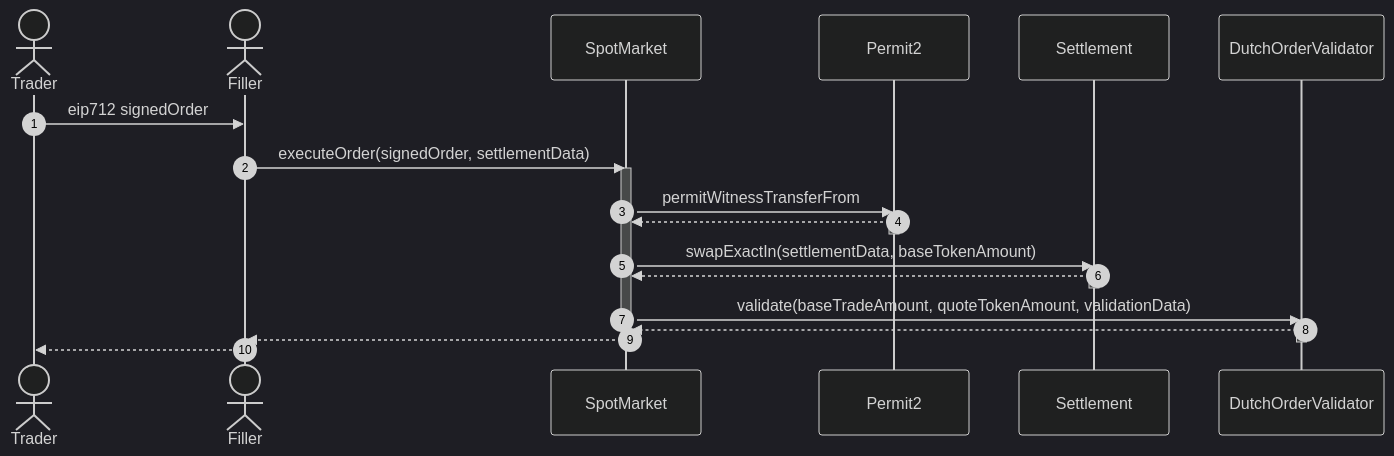
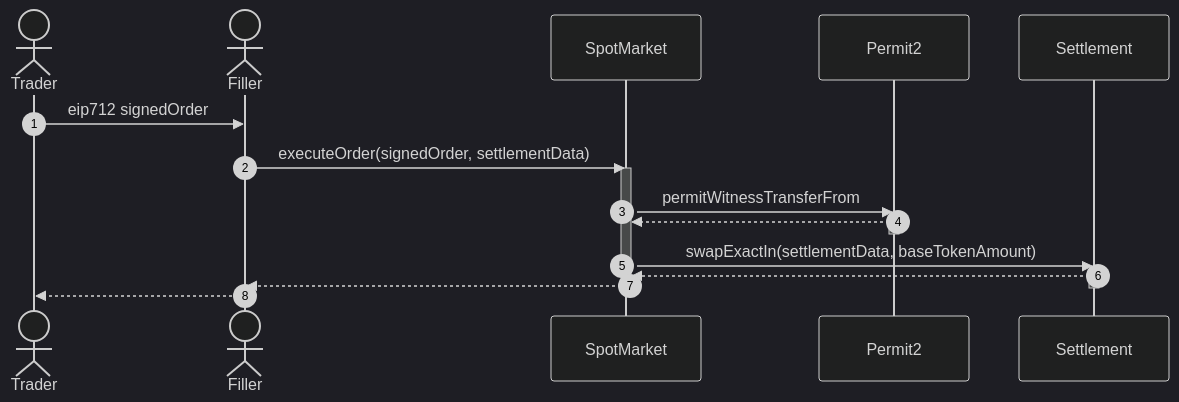
Before and after one commit to predyprotocol/predyx: the third of 3 diagrams in README.md, drawn with Mermaid (dark theme). The commit also changed other lines of this file, not shown here.

Commit message:
Update architecture overview

````diff
--- a/README.md
+++ b/README.md
@@ -93,24 +85,20 @@
 ```mermaid
 sequenceDiagram
 autonumber
   actor Trader
   actor Filler
   Trader->>Filler: eip712 signedOrder
   Filler ->> SpotMarket: executeOrder(signedOrder, settlementData)
   activate SpotMarket
   SpotMarket ->> Permit2: permitWitnessTransferFrom
   activate Permit2
   Permit2 -->> SpotMarket: 
   deactivate Permit2
   SpotMarket ->> Settlement: swapExactIn(settlementData, baseTokenAmount)
   activate Settlement
   Settlement -->> SpotMarket: 
   deactivate Settlement
-  SpotMarket ->> DutchOrderValidator: validate(baseTradeAmount, quoteTokenAmount, validationData)
-  activate DutchOrderValidator
-  DutchOrderValidator -->> SpotMarket: 
-  deactivate DutchOrderValidator
   SpotMarket -->> Filler: 
   deactivate SpotMarket
   Filler-->>Trader: 
 ```
````
